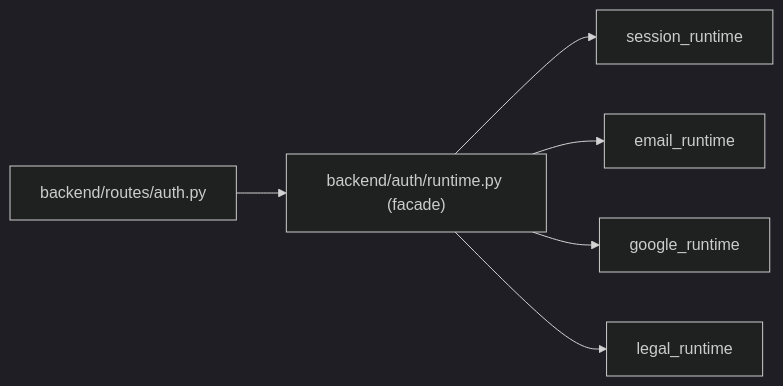
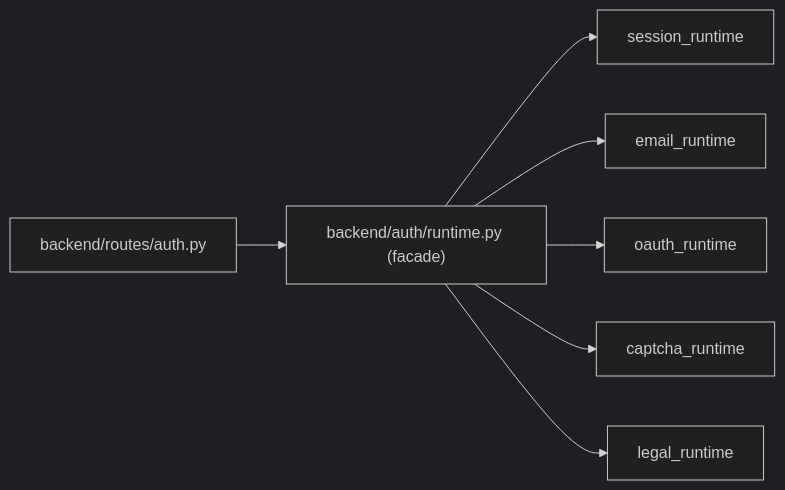
The second of 2 diagrams in backend/ARCHITECTURE.md (PlatosTwin/pandects-app), drawn with Mermaid (dark theme) before and after one commit. The commit also changed other lines of this file and 9 other files, not shown here.

Commit message:
Split generic auth helpers from legacy Google runtime

````diff
--- a/backend/ARCHITECTURE.md
+++ b/backend/ARCHITECTURE.md
@@ -30,8 +31,9 @@
 ```mermaid
 flowchart LR
     R["backend/routes/auth.py"] --> F["backend/auth/runtime.py (facade)"]
     F --> S["session_runtime"]
     F --> E["email_runtime"]
-    F --> G["google_runtime"]
+    F --> O["oauth_runtime"]
+    F --> C["captcha_runtime"]
     F --> L["legal_runtime"]
 ```
````
